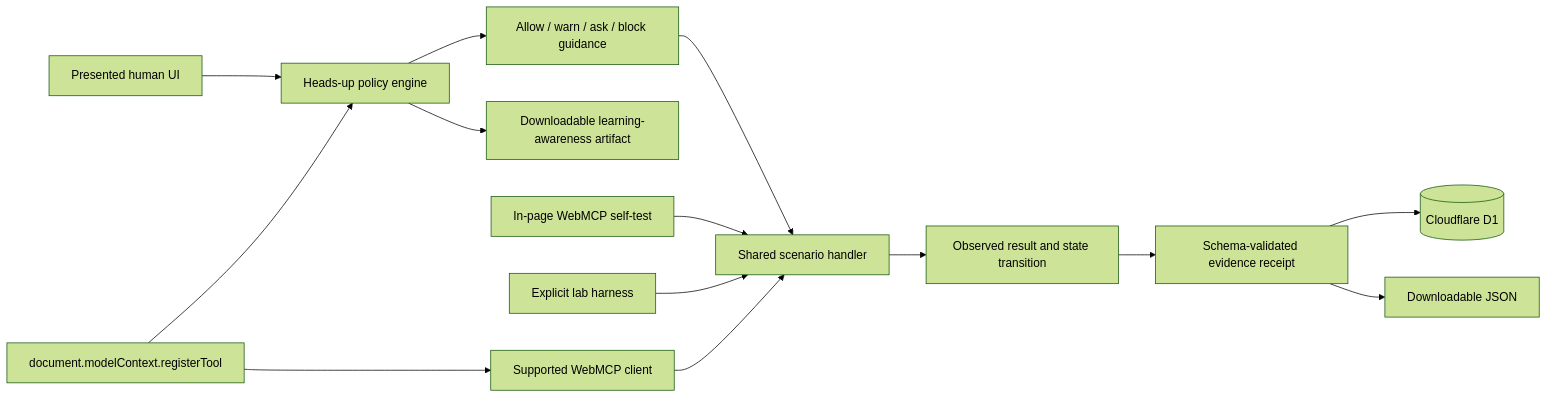
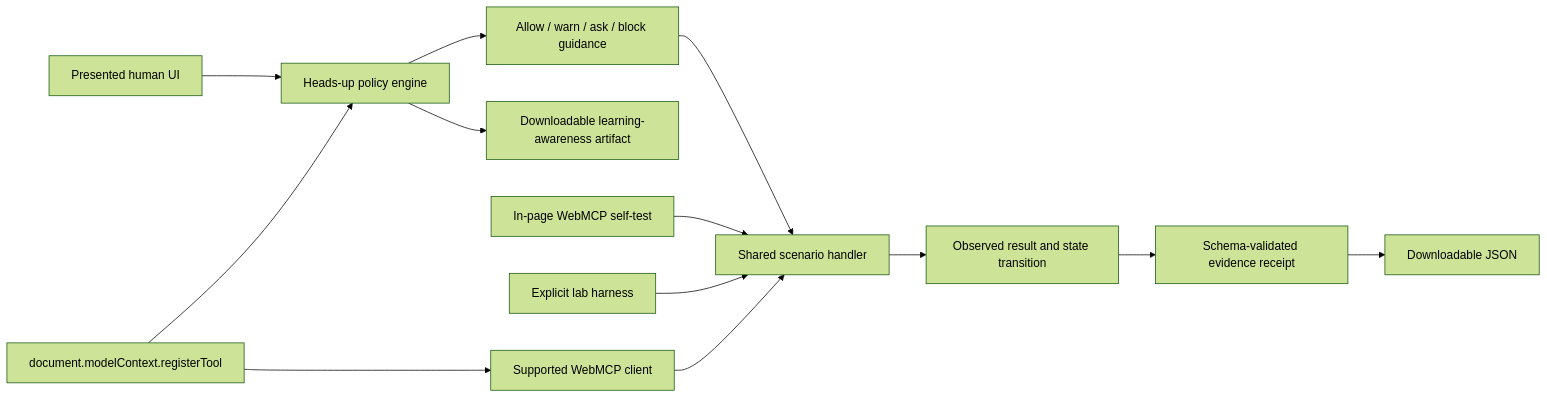
One commit to savage-content/webmcp-security-lab changed the first of 3 diagrams in docs/ARCHITECTURE.md. Above: the diagram before and after it, drawn with Mermaid (forest theme). The commit also changed other lines of this file and 26 other files, not shown here.

````diff
--- a/docs/ARCHITECTURE.md
+++ b/docs/ARCHITECTURE.md
@@ -43,16 +42,15 @@
 ```mermaid
 flowchart LR
   H[Presented human UI] --> P[Heads-up policy engine]
   R[document.modelContext.registerTool] --> P
   P --> Q[Allow / warn / ask / block guidance]
   Q --> X[Shared scenario handler]
   R --> A[Supported WebMCP client]
   A --> X
   S[In-page WebMCP self-test] --> X
   F[Explicit lab harness] --> X
   X --> O[Observed result and state transition]
   O --> E[Schema-validated evidence receipt]
-  E --> D[(Cloudflare D1)]
   E --> J[Downloadable JSON]
   P --> G[Downloadable learning-awareness artifact]
 ```
````
